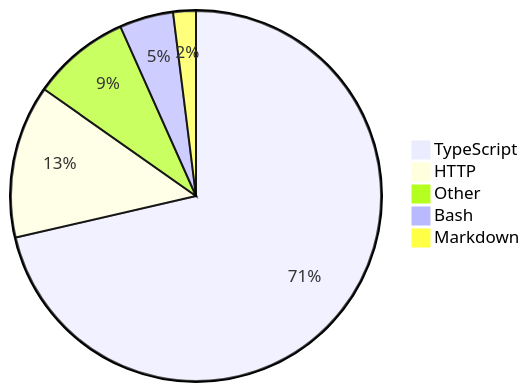
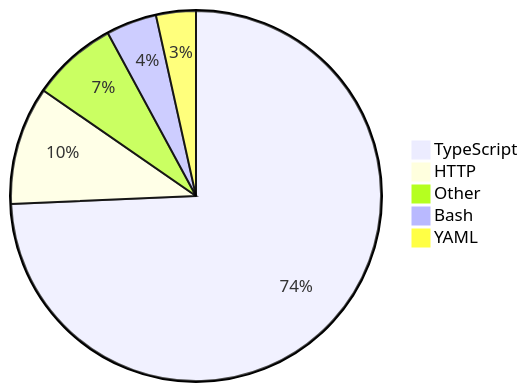
One commit to skvggor/skvggor changed the diagram in README.md. Above: the diagram before and after it, drawn with Mermaid.

Commit message:
Updated waka-readme graph with new metrics

````diff
--- a/README.md
+++ b/README.md
@@ -16,8 +16,8 @@
 ```mermaid
 pie
-    "TypeScript" : 68.4
-    "HTTP" : 12.8
-    "Other" : 8.2
-    "Bash" : 4.5
-    "Markdown" : 1.9
+    "TypeScript" : 70.6
+    "HTTP" : 9.8
+    "Other" : 7.1
+    "Bash" : 4.2
+    "YAML" : 3.3
 ```
````
